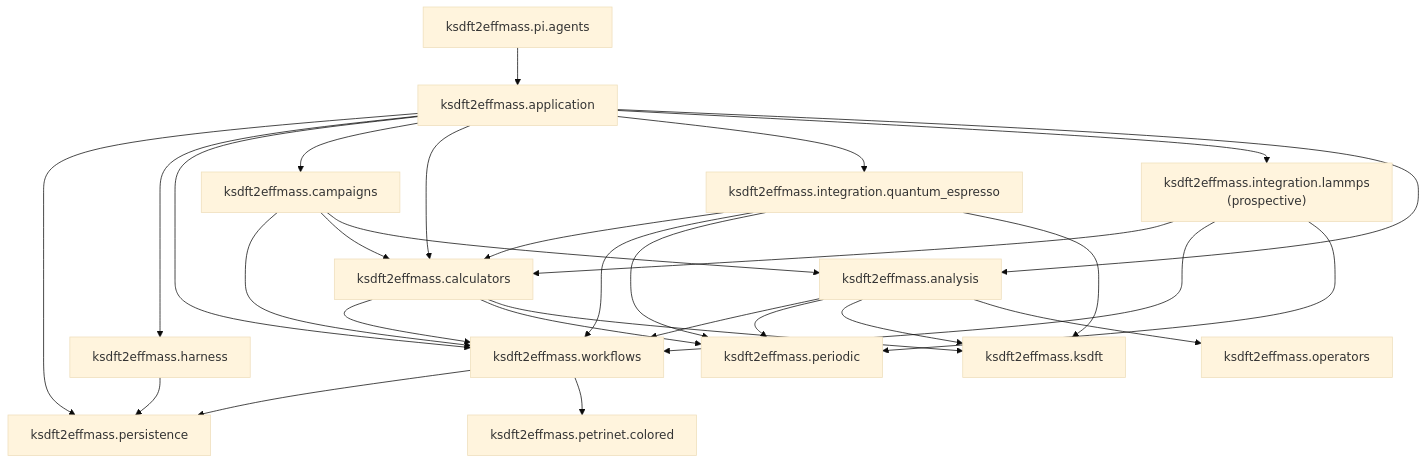
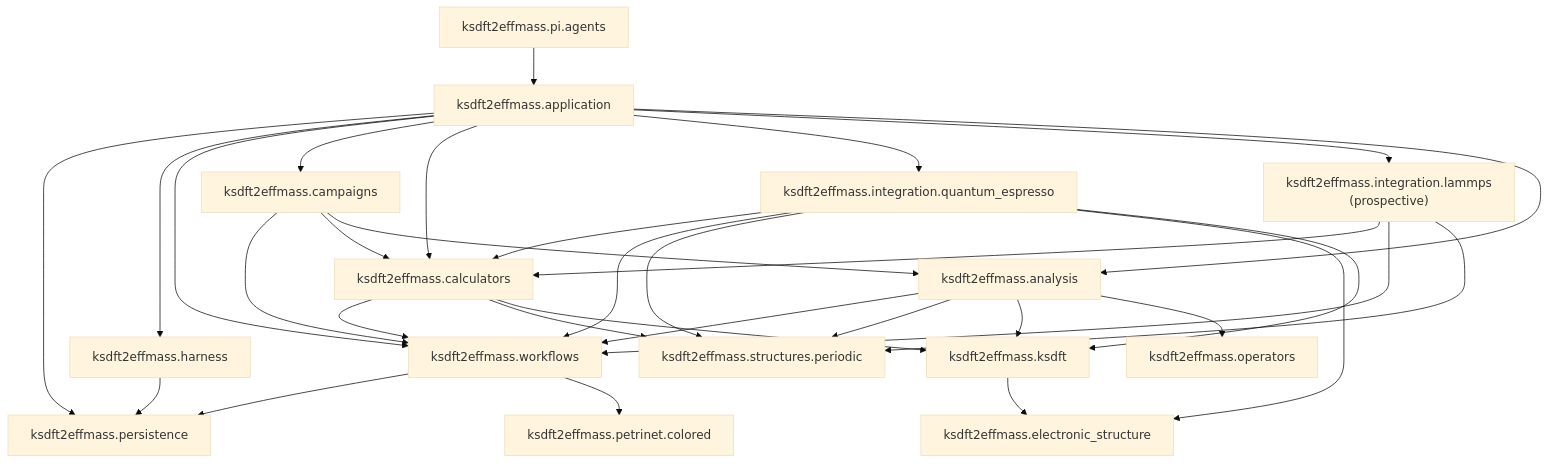
One commit to eragasa/ksdft2effmass changed the diagram in docs/architecture/v2/repository-layout.md. Above: the diagram before and after it, drawn with Mermaid (base theme). The commit also changed other lines of this file and 73 other files, not shown here.

Commit message:
Complete periodic structures migration

````diff
--- a/docs/architecture/v2/repository-layout.md
+++ b/docs/architecture/v2/repository-layout.md
@@ -92,34 +98,36 @@
 ```mermaid
 flowchart TD
     persistence["ksdft2effmass.persistence"]
     campaigns["ksdft2effmass.campaigns"] --> workflows["ksdft2effmass.workflows"]
     campaigns --> calculators["ksdft2effmass.calculators"]
     campaigns --> analysis["ksdft2effmass.analysis"]
     harness["ksdft2effmass.harness"] --> persistence
     workflows --> persistence
     workflows --> petrinet["ksdft2effmass.petrinet.colored"]
     calculators --> workflows
-    calculators --> periodic["ksdft2effmass.periodic"]
+    calculators --> structures["ksdft2effmass.structures.periodic"]
     calculators --> ksdft["ksdft2effmass.ksdft"]
     qe_integration["ksdft2effmass.integration.quantum_espresso"] --> calculators
     qe_integration --> workflows
-    qe_integration --> periodic
+    qe_integration --> structures
+    qe_integration --> sampling["ksdft2effmass.electronic_structure"]
     qe_integration --> ksdft
     lammps_integration["ksdft2effmass.integration.lammps<br/>(prospective)"] --> calculators
     lammps_integration --> workflows
-    lammps_integration --> periodic
+    lammps_integration --> structures
     pi_agents["ksdft2effmass.pi.agents"] --> composition
     operators["ksdft2effmass.operators"]
     analysis --> workflows
-    analysis --> periodic
+    analysis --> structures
     analysis --> ksdft
+    ksdft --> sampling
     analysis --> operators
     composition["ksdft2effmass.application"] --> persistence
     composition --> harness
     composition --> workflows
     composition --> campaigns
     composition --> calculators
     composition --> qe_integration
     composition --> lammps_integration
     composition --> analysis
 ```
````
